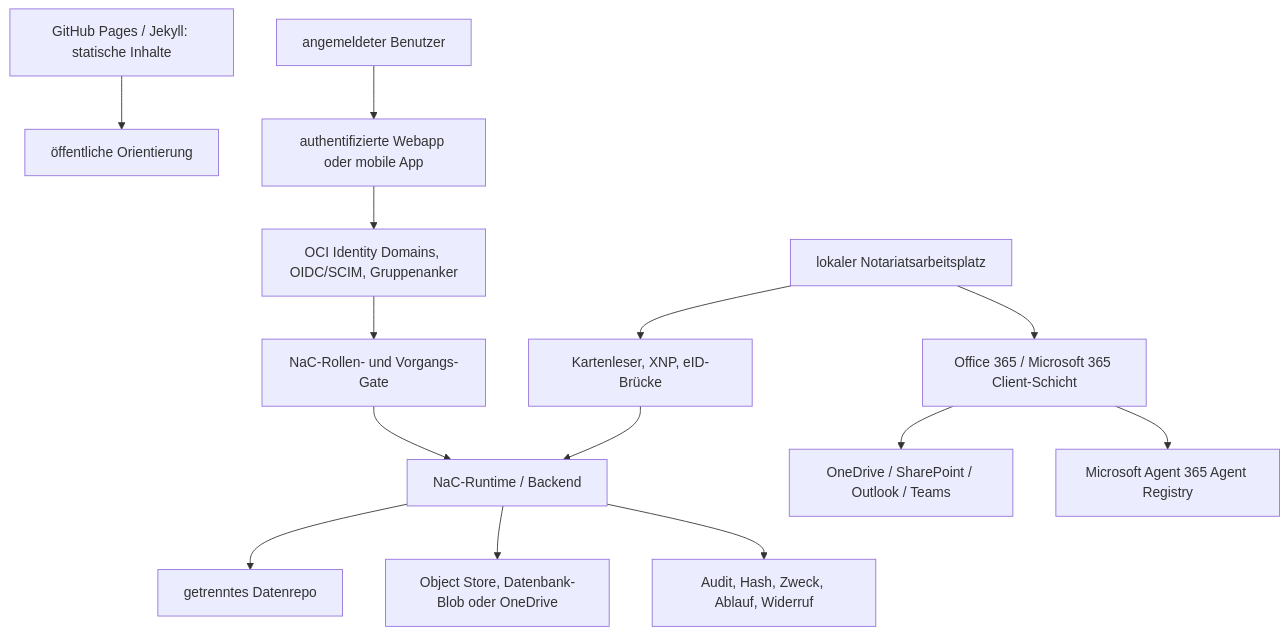
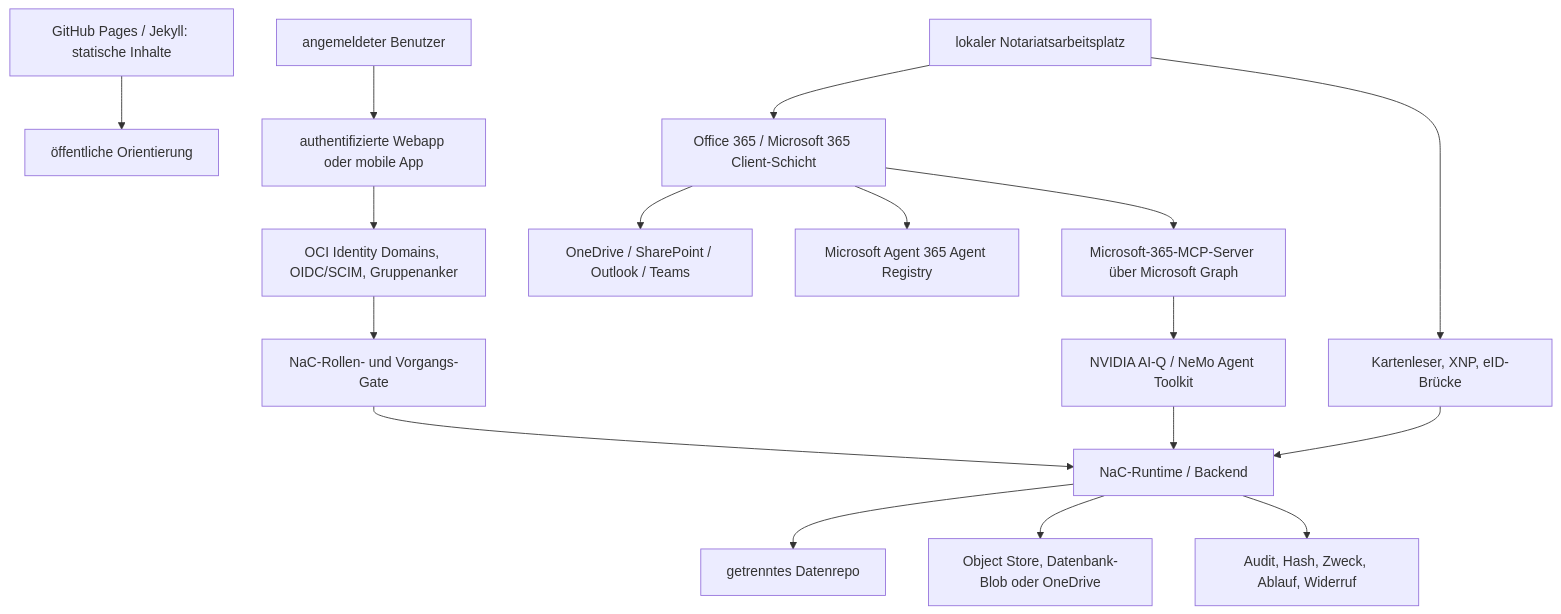
The diagram in docs/de/authenticated-webapp-operating-model.md (notariat8/NaC), drawn with Mermaid before and after one commit. The commit also changed other lines of this file and 35 other files, not shown here.

````diff
--- a/docs/de/authenticated-webapp-operating-model.md
+++ b/docs/de/authenticated-webapp-operating-model.md
@@ -29,16 +29,19 @@
 ```mermaid
 flowchart TD
     Static["GitHub Pages / Jekyll: statische Inhalte"] --> Public["öffentliche Orientierung"]
     User["angemeldeter Benutzer"] --> AuthApp["authentifizierte Webapp oder mobile App"]
     AuthApp --> OciIdp["OCI Identity Domains, OIDC/SCIM, Gruppenanker"]
     OciIdp --> NacRole["NaC-Rollen- und Vorgangs-Gate"]
     NacRole --> Runtime["NaC-Runtime / Backend"]
     Runtime --> DataRepo["getrenntes Datenrepo"]
     Runtime --> Storage["Object Store, Datenbank-Blob oder OneDrive"]
     Runtime --> Audit["Audit, Hash, Zweck, Ablauf, Widerruf"]
     Workstation --> O365["Office 365 / Microsoft 365 Client-Schicht"]
     O365 --> OneDrive["OneDrive / SharePoint / Outlook / Teams"]
     O365 --> AgentRegistry["Microsoft Agent 365 Agent Registry"]
+    O365 --> M365Mcp["Microsoft-365-MCP-Server über Microsoft Graph"]
+    M365Mcp --> AiQ["NVIDIA AI-Q / NeMo Agent Toolkit"]
+    AiQ --> Runtime
     Workstation["lokaler Notariatsarbeitsplatz"] --> Card["Kartenleser, XNP, eID-Brücke"]
     Card --> Runtime
 ```
````
